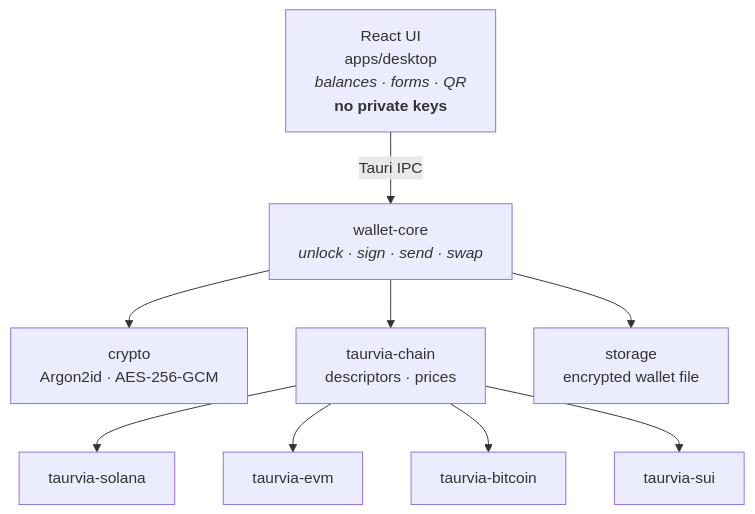
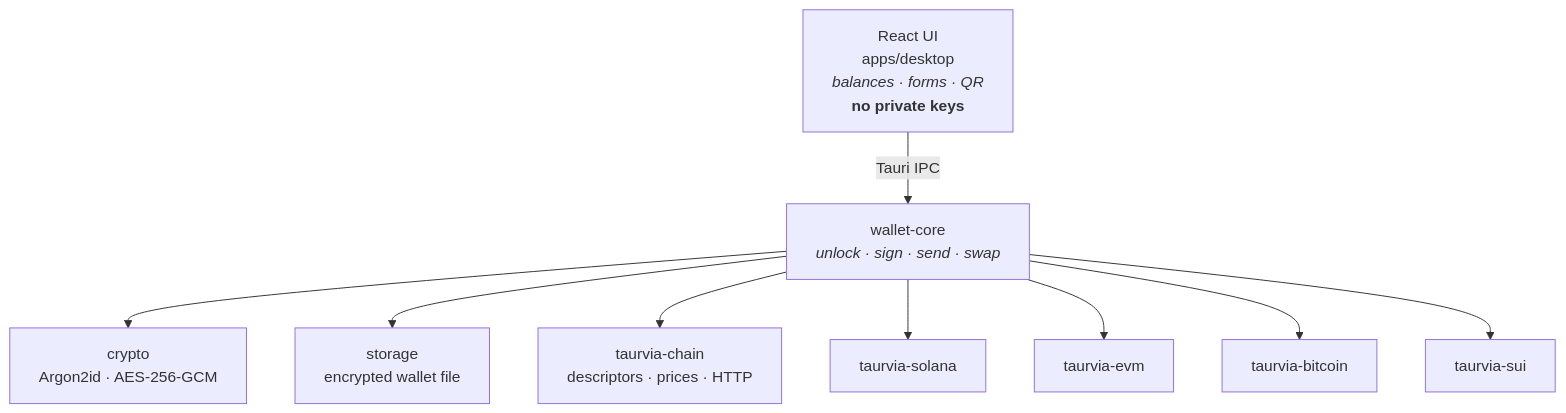
The first of 2 diagrams in README.md (antonpiat/taurvia), drawn with Mermaid before and after one commit. The commit also changed other lines of this file and 2 other files, not shown here.

Commit message:
Readme updated for sui (#51)

````diff
--- a/README.md
+++ b/README.md
@@ -48,21 +48,21 @@
 ```mermaid
 flowchart TB
   UI["React UI<br/>apps/desktop<br/><i>balances · forms · QR</i><br/><b>no private keys</b>"]
   WC["wallet-core<br/><i>unlock · sign · send · swap</i>"]
   CRYPTO["crypto<br/>Argon2id · AES-256-GCM"]
-  REG["taurvia-chain<br/>descriptors · prices"]
+  REG["taurvia-chain<br/>descriptors · prices · HTTP"]
   SOL["taurvia-solana"]
   EVM["taurvia-evm"]
   BTC["taurvia-bitcoin"]
   SUI["taurvia-sui"]
   STORE["storage<br/>encrypted wallet file"]
 
   UI -->|Tauri IPC| WC
   WC --> CRYPTO
   WC --> STORE
   WC --> REG
-  REG --> SOL
-  REG --> EVM
-  REG --> BTC
-  REG --> SUI
+  WC --> SOL
+  WC --> EVM
+  WC --> BTC
+  WC --> SUI
 ```
````
